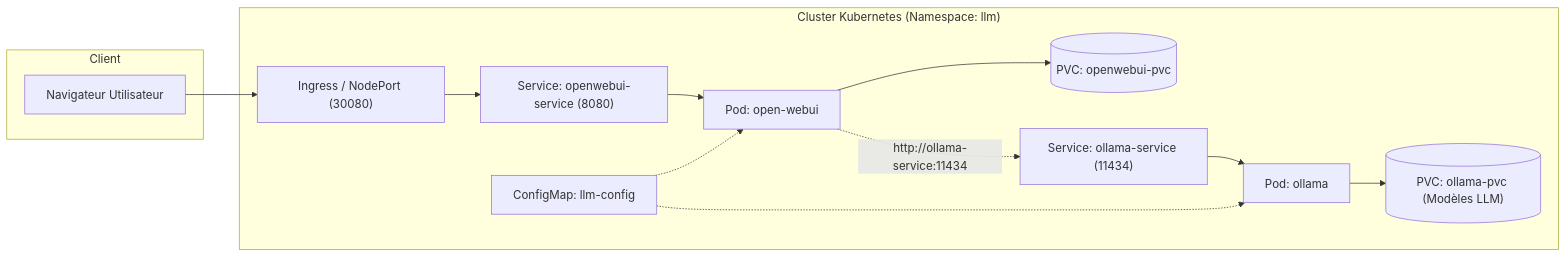
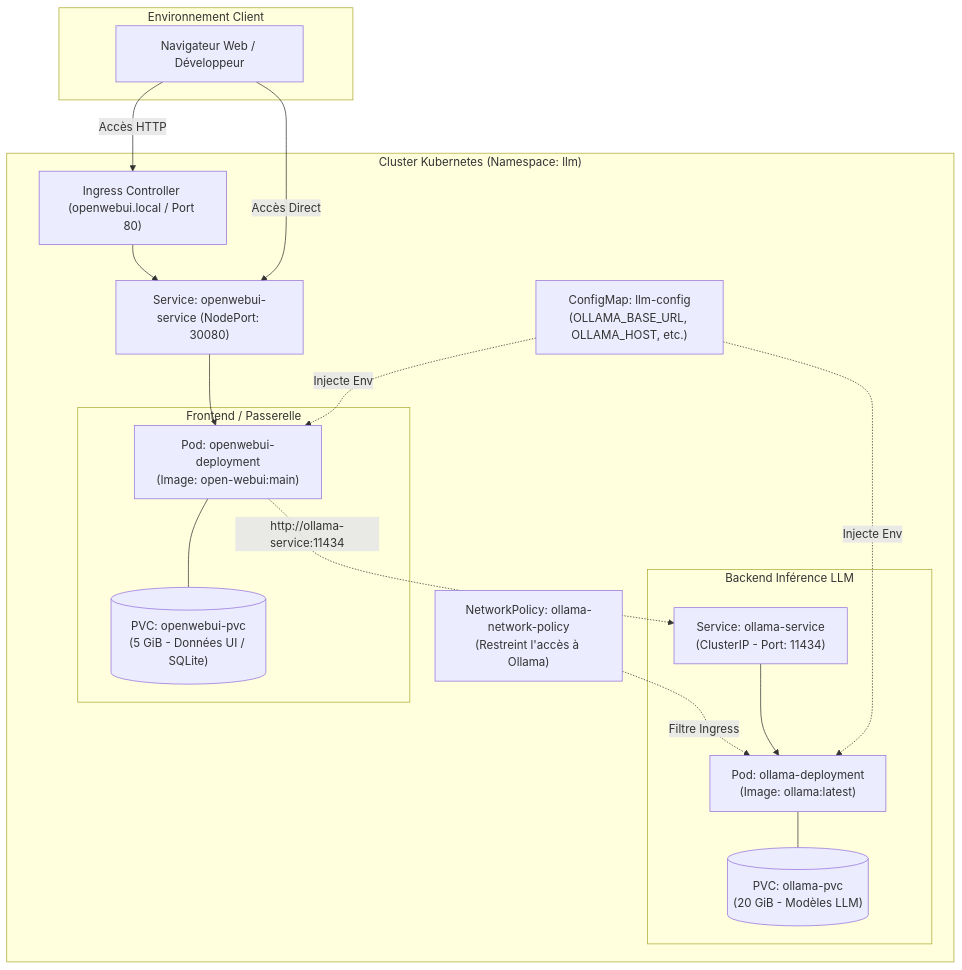
One commit to cloudDevML/LLM_Deployment_Devops_Project changed the diagram in REPORT.md. Above: the diagram before and after it, drawn with Mermaid. The commit also changed other lines of this file, not shown here.

````diff
--- a/REPORT.md
+++ b/REPORT.md
@@ -31,30 +57,37 @@
 ```mermaid
-flowchart LR
-    subgraph Client
-        Browser["Navigateur Utilisateur"]
+flowchart TD
+    subgraph Utilisateur["Environnement Client"]
+        Client["Navigateur Web / Développeur"]
     end
 
-    subgraph Kubernetes["Cluster Kubernetes (Namespace: llm)"]
-        Ingress["Ingress / NodePort (30080)"]
-        WebUISvc["Service: openwebui-service (8080)"]
-        WebUIPod["Pod: open-webui"]
-        WebUIPVC[("PVC: openwebui-pvc")]
+    subgraph K8s["Cluster Kubernetes (Namespace: llm)"]
+        Ingress["Ingress Controller (openwebui.local / Port 80)"]
+        NodePort["Service: openwebui-service (NodePort: 30080)"]
 
-        OllamaSvc["Service: ollama-service (11434)"]
-        OllamaPod["Pod: ollama"]
-        OllamaPVC[("PVC: ollama-pvc (Modèles LLM)")]
+        subgraph WebUIGroup["Frontend / Passerelle"]
+            WebUIPod["Pod: openwebui-deployment\n(Image: open-webui:main)"]
+            WebUIPVC[("PVC: openwebui-pvc\n(5 GiB - Données UI / SQLite)")]
+        end
 
-        ConfigMap["ConfigMap: llm-config"]
+        subgraph OllamaGroup["Backend Inférence LLM"]
+            OllamaSvc["Service: ollama-service\n(ClusterIP - Port: 11434)"]
+            OllamaPod["Pod: ollama-deployment\n(Image: ollama:latest)"]
+            OllamaPVC[("PVC: ollama-pvc\n(20 GiB - Modèles LLM)")]
+        end
 
-        Ingress --> WebUISvc
-        WebUISvc --> WebUIPod
-        WebUIPod --> WebUIPVC
-        WebUIPod -.->|http://ollama-service:11434| OllamaSvc
-        OllamaSvc --> OllamaPod
-        OllamaPod --> OllamaPVC
-        ConfigMap -.-> WebUIPod
-        ConfigMap -.-> OllamaPod
+        ConfigMap["ConfigMap: llm-config\n(OLLAMA_BASE_URL, OLLAMA_HOST, etc.)"]
+        NetPol["NetworkPolicy: ollama-network-policy\n(Restreint l'accès à Ollama)"]
     end
 
-    Browser --> Ingress
+    Client -->|Accès HTTP| Ingress
+    Client -->|Accès Direct| NodePort
+    Ingress --> NodePort
+    NodePort --> WebUIPod
+    WebUIPod --- WebUIPVC
+    WebUIPod -.->|http://ollama-service:11434| OllamaSvc
+    OllamaSvc --> OllamaPod
+    OllamaPod --- OllamaPVC
+    ConfigMap -.->|Injecte Env| WebUIPod
+    ConfigMap -.->|Injecte Env| OllamaPod
+    NetPol -.->|Filtre Ingress| OllamaPod
 ```
````
